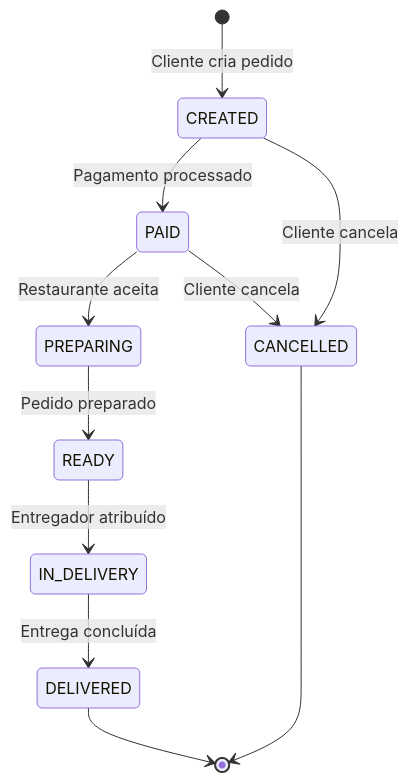
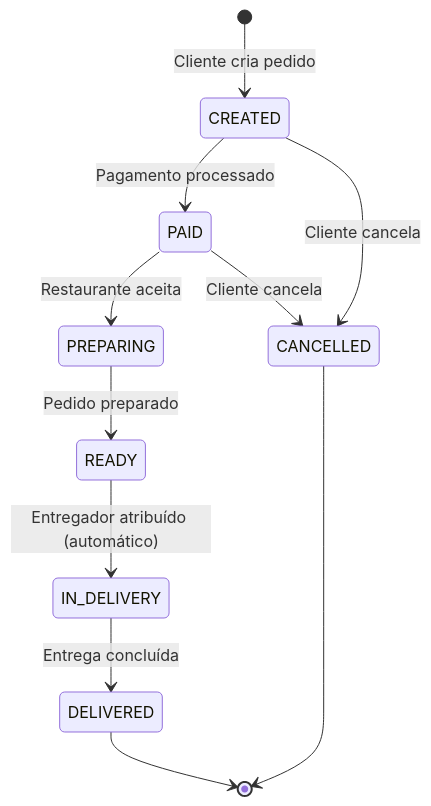
The second of 3 diagrams in docs/domain-model.md (GuiSarreira/CSS_TascaEats), drawn with Mermaid before and after one commit. The commit also changed other lines of this file and 6 other files, not shown here.

````diff
--- a/docs/domain-model.md
+++ b/docs/domain-model.md
@@ -139,13 +176,13 @@
 ```mermaid
 stateDiagram-v2
     [*] --> CREATED : Cliente cria pedido
     CREATED --> PAID : Pagamento processado
     CREATED --> CANCELLED : Cliente cancela
     PAID --> PREPARING : Restaurante aceita
     PAID --> CANCELLED : Cliente cancela
     PREPARING --> READY : Pedido preparado
-    READY --> IN_DELIVERY : Entregador atribuído
+    READY --> IN_DELIVERY : Entregador atribuído (automático)
     IN_DELIVERY --> DELIVERED : Entrega concluída
     DELIVERED --> [*]
     CANCELLED --> [*]
 ```
````
